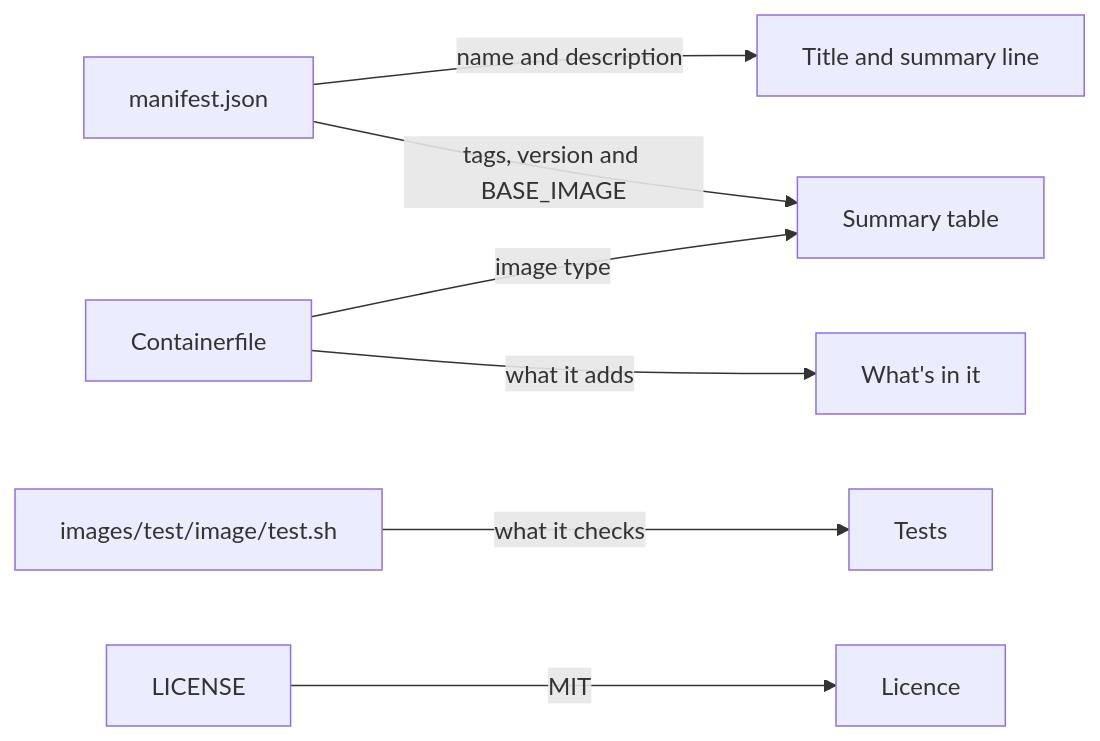
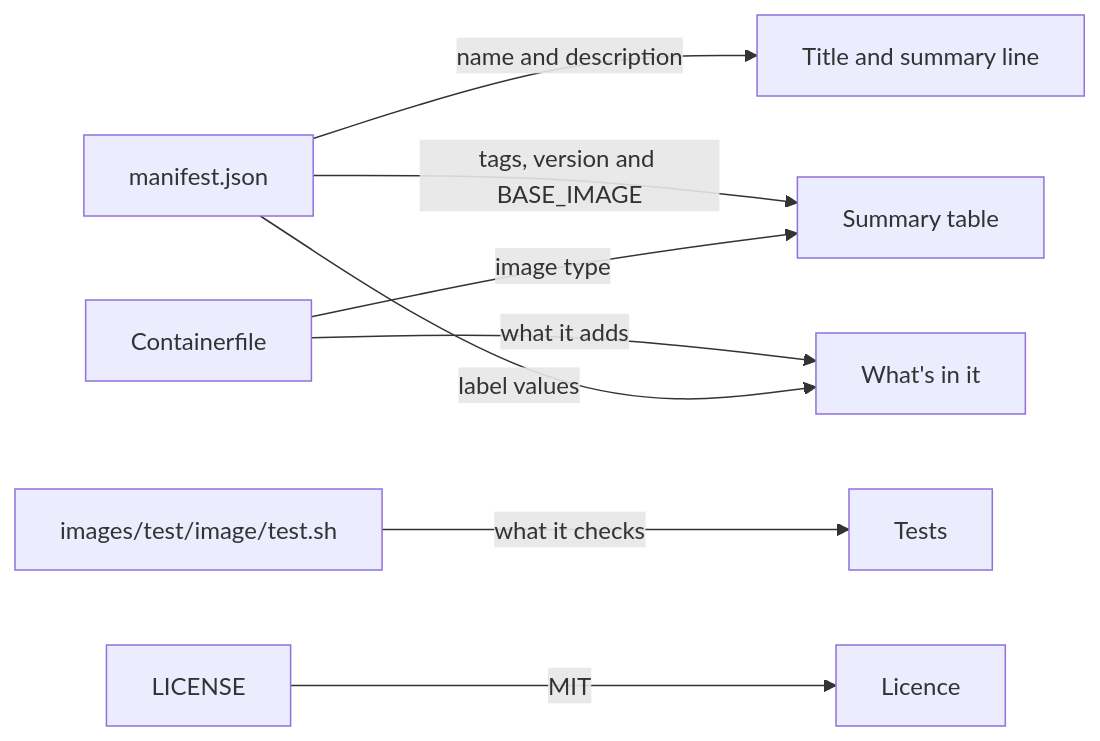
One commit to froazin/devcontainers changed the diagram in docs/container-images/readmes.md. Above: the diagram before and after it, drawn with Mermaid. The commit also changed other lines of this file and 22 other files, not shown here.

````diff
--- a/docs/container-images/readmes.md
+++ b/docs/container-images/readmes.md
@@ -19,11 +19,12 @@
 ```mermaid
 flowchart LR
     accTitle: Where each part of an image README comes from
-    accDescr: The title, description and most of the Summary table come from the image's manifest.json. What's in it and the base image row come from the Containerfile and the manifest's build_args. The Tests section comes from the image's test.sh, and the Licence section from the repository's LICENSE.
+    accDescr: The title, description and most of the Summary table come from the image's manifest.json. What's in it and the base image row come from the Containerfile and the manifest's build_args, and the label values in What's in it come from the manifest. The Tests section comes from the image's test.sh, and the Licence section from the repository's LICENSE.
     manifest[manifest.json] -->|name and description| title[Title and summary line]
     manifest -->|tags, version and BASE_IMAGE| summary[Summary table]
     containerfile[Containerfile] -->|what it adds| contents[What's in it]
+    manifest -->|label values| contents
     containerfile -->|image type| summary
     testsh[images/test/image/test.sh] -->|what it checks| tests[Tests]
     license[LICENSE] -->|MIT| licence[Licence]
 ```
````
